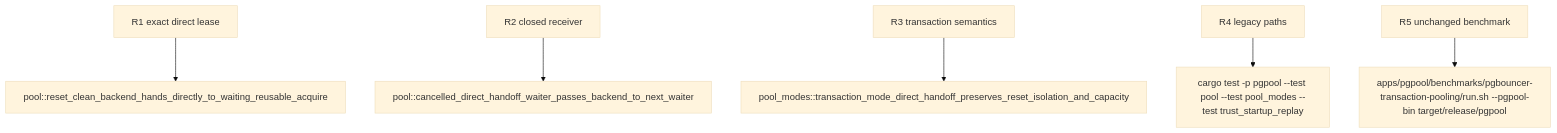
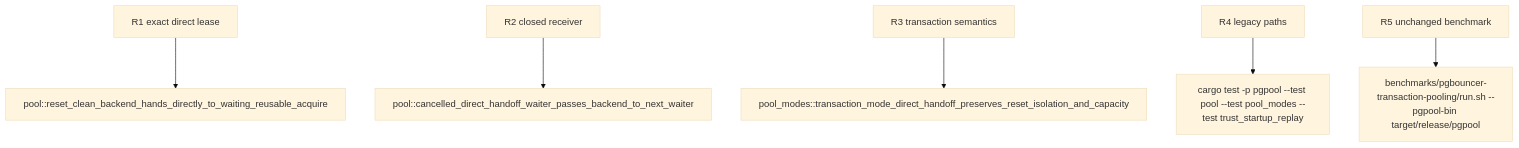
One commit to faberline/pgpool changed the second of 2 diagrams in tech-design/logic/hand-reset-clean-backend-directly-to-a-reusable-waiter.md. Above: the diagram before and after it, drawn with Mermaid (base theme). The commit also changed other lines of this file and 120 other files, not shown here.

````diff
--- a/tech-design/logic/hand-reset-clean-backend-directly-to-a-reusable-waiter.md
+++ b/tech-design/logic/hand-reset-clean-backend-directly-to-a-reusable-waiter.md
@@ -122,42 +122,42 @@
 ```mermaid
 ---
 id: pgpool-reset-clean-direct-handoff-verification
 requirements:
   closed_receiver:
     id: R2
     text: "A cancelled receiver returns its unsent lease to the next live waiter or idle state without a permit leak."
     kind: regression
     risk: high
     verify: pool::cancelled_direct_handoff_waiter_passes_backend_to_next_waiter
   exact_direct_lease:
     id: R1
     text: "A waiting reusable acquire receives the just-reset stream and permit as a BackendLease without the idle liveness round trip."
     kind: regression
     risk: high
     verify: pool::reset_clean_backend_hands_directly_to_waiting_reusable_acquire
   legacy_paths:
     id: R4
     text: "Fresh startup/session and replay publication retain existing timeout and capacity contracts."
     kind: integration
     risk: high
     verify: cargo test -p pgpool --test pool --test pool_modes --test trust_startup_replay
   transaction_semantics:
     id: R3
     text: "Direct handoff occurs only after DISCARD ALL and keeps transaction state isolated with stable backend count."
     kind: integration
     risk: high
     verify: pool_modes::transaction_mode_direct_handoff_preserves_reset_isolation_and_capacity
   unchanged_benchmark:
     id: R5
     text: "The fixed peer benchmark remains the sole success measure; meter is diagnostic only and a first valid loss reverts production code."
     kind: integration
     risk: high
-    verify: apps/pgpool/benchmarks/pgbouncer-transaction-pooling/run.sh --pgpool-bin target/release/pgpool
+    verify: benchmarks/pgbouncer-transaction-pooling/run.sh --pgpool-bin target/release/pgpool
 ---
 flowchart TD
     r1[R1 exact direct lease] --> pool_reset_clean_backend_hands_directly_to_waiting_reusable_acquire[pool::reset_clean_backend_hands_directly_to_waiting_reusable_acquire]
     r2[R2 closed receiver] --> pool_cancelled_direct_handoff_waiter_passes_backend_to_next_waiter[pool::cancelled_direct_handoff_waiter_passes_backend_to_next_waiter]
     r3[R3 transaction semantics] --> pool_modes_transaction_mode_direct_handoff_preserves_reset_isolation_and_capacity[pool_modes::transaction_mode_direct_handoff_preserves_reset_isolation_and_capacity]
     r4[R4 legacy paths] --> cargo_test_p_pgpool_test_pool_test_pool_modes_test_trust_startup_replay[cargo test -p pgpool --test pool --test pool_modes --test trust_startup_replay]
-    r5[R5 unchanged benchmark] --> apps_pgpool_benchmarks_pgbouncer_transaction_pooling_run_sh_pgpool_bin_target_release_pgpool[apps/pgpool/benchmarks/pgbouncer-transaction-pooling/run.sh --pgpool-bin target/release/pgpool]
+    r5[R5 unchanged benchmark] --> apps_pgpool_benchmarks_pgbouncer_transaction_pooling_run_sh_pgpool_bin_target_release_pgpool[benchmarks/pgbouncer-transaction-pooling/run.sh --pgpool-bin target/release/pgpool]
 ```
````
